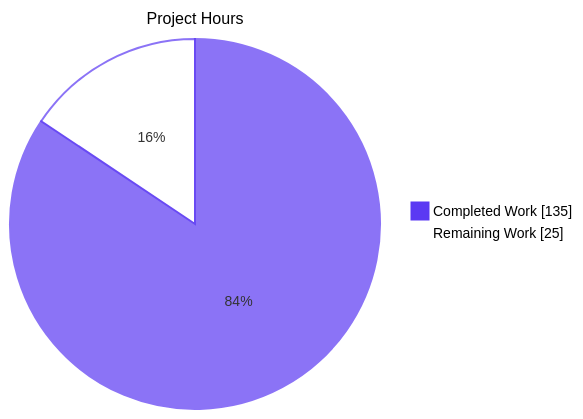
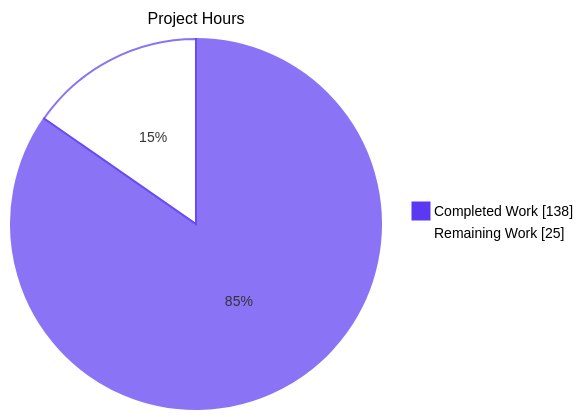
One commit to Blitzy-Sandbox/blitzy-ArkCase changed the second of 4 diagrams in blitzy/documentation/Project Guide.md. Above: the diagram before and after it, drawn with Mermaid. The commit also changed other lines of this file, not shown here.

````diff
--- a/blitzy/documentation/Project Guide.md
+++ b/blitzy/documentation/Project Guide.md
@@ -288,7 +301,7 @@
 ```mermaid
 %%{init: {'pie': {'textPosition': 0.5}, 'themeVariables': {'pieOuterStrokeWidth': '0px', 'pie1': '#5B39F3', 'pie2': '#FFFFFF', 'pieStrokeColor': '#5B39F3', 'pieTitleTextSize': '16px', 'pieSectionTextSize': '14px', 'pieLegendTextSize': '14px'}}}%%
 pie showData
     title Project Hours
-    "Completed Work" : 135
+    "Completed Work" : 138
     "Remaining Work" : 25
 ```
````
